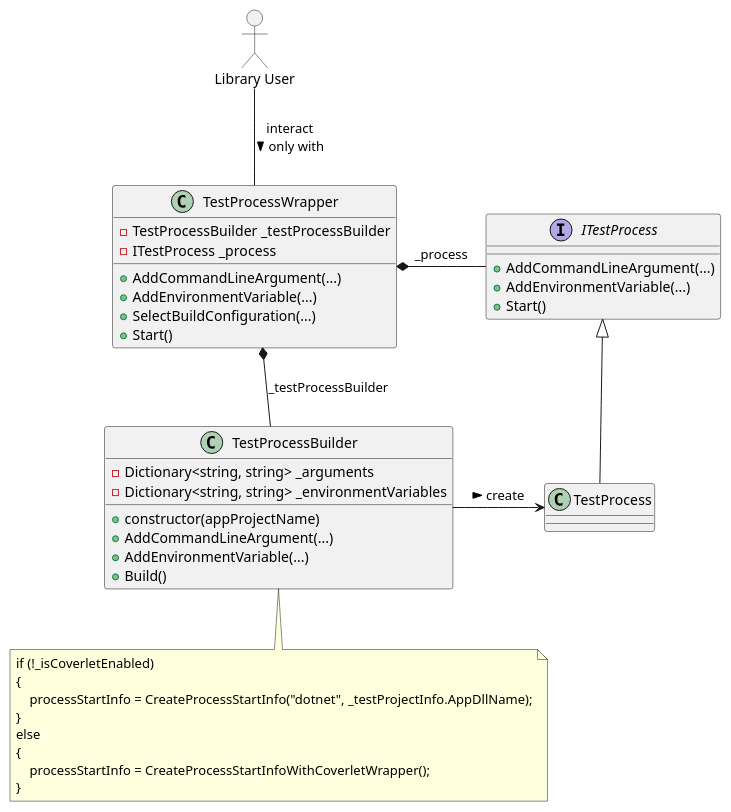
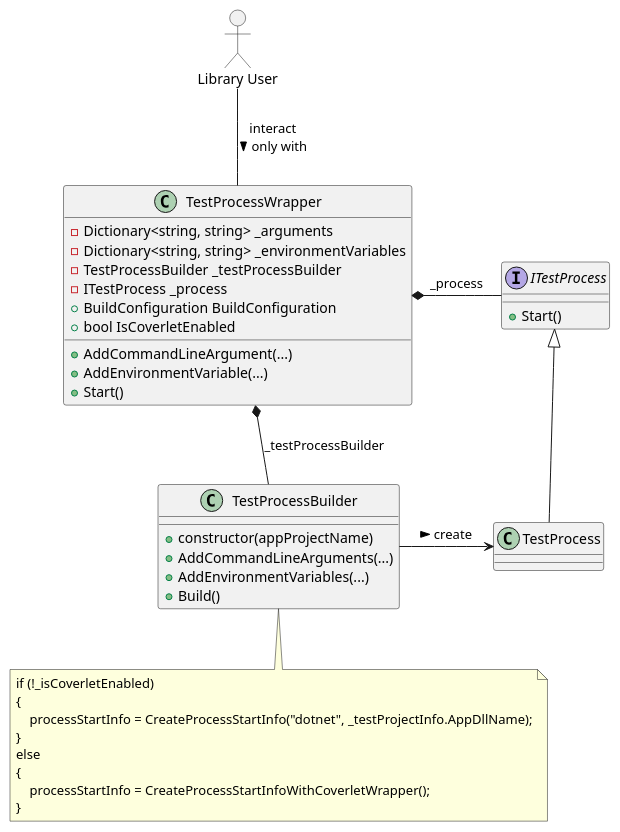
Before and after one commit to wonderbird/TestProcessWrapper: the diagram in docs/current_create_process.puml, drawn with PlantUML. The commit also changed 2 other files, not shown here.

Commit message:
refactor: move environment and argument setting from builder to wrapper

```diff
--- a/docs/current_create_process.puml
+++ b/docs/current_create_process.puml
@@ -1,51 +1,51 @@
 @startuml
 allowmixing
 
 actor "Library User" as user
 
 class "TestProcessWrapper" as wrapper {
+  - Dictionary<string, string> _arguments
+  - Dictionary<string, string> _environmentVariables
   - TestProcessBuilder _testProcessBuilder
   - ITestProcess _process
+  + BuildConfiguration BuildConfiguration
+  + bool IsCoverletEnabled
+
   + AddCommandLineArgument(...)
   + AddEnvironmentVariable(...)
-  + SelectBuildConfiguration(...)
   + Start()
 }
 
 user -- wrapper : interact\nonly with >
 
 class "TestProcessBuilder" as builder {
-  - Dictionary<string, string> _arguments
-  - Dictionary<string, string> _environmentVariables
   + constructor(appProjectName)
-  + AddCommandLineArgument(...)
-  + AddEnvironmentVariable(...)
+  + AddCommandLineArguments(...)
+  + AddEnvironmentVariables(...)
   + Build()
 }
 
 wrapper *-- builder : _testProcessBuilder
 
 interface "ITestProcess" as process_if {
-  + AddCommandLineArgument(...)
-  + AddEnvironmentVariable(...)
   + Start()
 }
 
 wrapper *- process_if : _process
 
 class "TestProcess" as process
 process_if <|-- process
 
 builder -> process : create >
 
 note bottom of builder
 if (!_isCoverletEnabled)
 {
     processStartInfo = CreateProcessStartInfo("dotnet", _testProjectInfo.AppDllName);
 }
 else
 {
     processStartInfo = CreateProcessStartInfoWithCoverletWrapper();
 }
 end note
 @enduml
```
